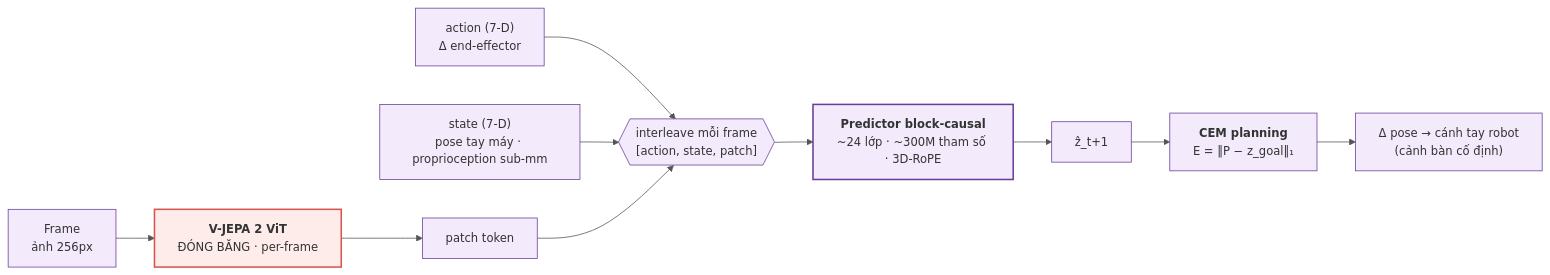
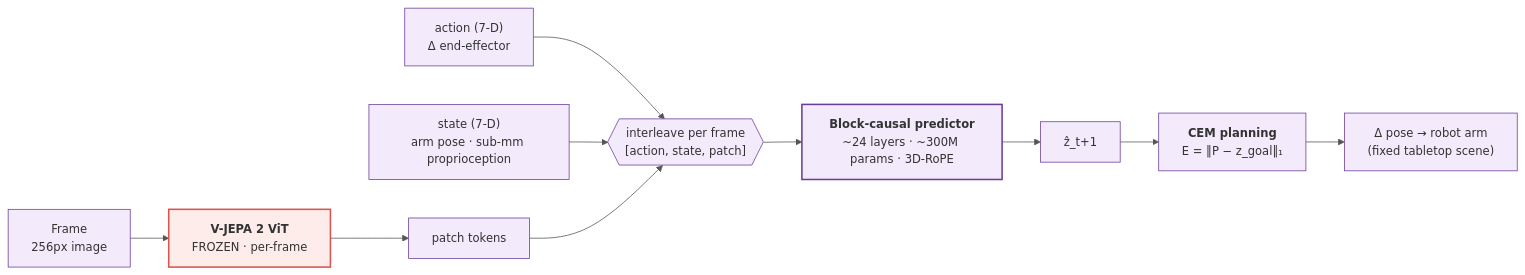
Before and after one commit to Anakonkai01/JEPA: the fourth of 4 diagrams in docs/report/2_REPORT_FULL.md, drawn with Mermaid. The commit also changed other lines of this file, not shown here.

````diff
--- a/docs/report/2_REPORT_FULL.md
+++ b/docs/report/2_REPORT_FULL.md
@@ -438,17 +1112,17 @@
 ```mermaid
 %%{init: {'theme':'base','themeVariables':{'fontSize':'15px','primaryColor':'#f3eafb','primaryBorderColor':'#6a3d9a','lineColor':'#555'}}}%%
 flowchart LR
-  IMG["Frame<br/>ảnh 256px"] --> ENC["<b>V-JEPA 2 ViT</b><br/>ĐÓNG BĂNG · per-frame"]
-  ENC --> TOK["patch token"]
+  IMG["Frame<br/>256px image"] --> ENC["<b>V-JEPA 2 ViT</b><br/>FROZEN · per-frame"]
+  ENC --> TOK["patch tokens"]
   ACT["action (7-D)<br/>Δ end-effector"] --> GRP
-  ST["state (7-D)<br/>pose tay máy · proprioception sub-mm"] --> GRP
-  TOK --> GRP{{"interleave mỗi frame<br/>[action, state, patch]"}}
-  GRP --> PRED["<b>Predictor block-causal</b><br/>~24 lớp · ~300M tham số · 3D-RoPE"]
+  ST["state (7-D)<br/>arm pose · sub-mm proprioception"] --> GRP
+  TOK --> GRP{{"interleave per frame<br/>[action, state, patch]"}}
+  GRP --> PRED["<b>Block-causal predictor</b><br/>~24 layers · ~300M params · 3D-RoPE"]
   PRED --> ZH["ẑ_t+1"]
   ZH --> CEM["<b>CEM planning</b><br/>E = ‖P − z_goal‖₁"]
-  CEM --> OUT["Δ pose → cánh tay robot<br/>(cảnh bàn cố định)"]
+  CEM --> OUT["Δ pose → robot arm<br/>(fixed tabletop scene)"]
   classDef frozen fill:#fdecea,stroke:#d9534f,stroke-width:2px;
   classDef train fill:#f3eafb,stroke:#6a3d9a,stroke-width:2px;
   class ENC frozen;
   class PRED train;
 ```
````
